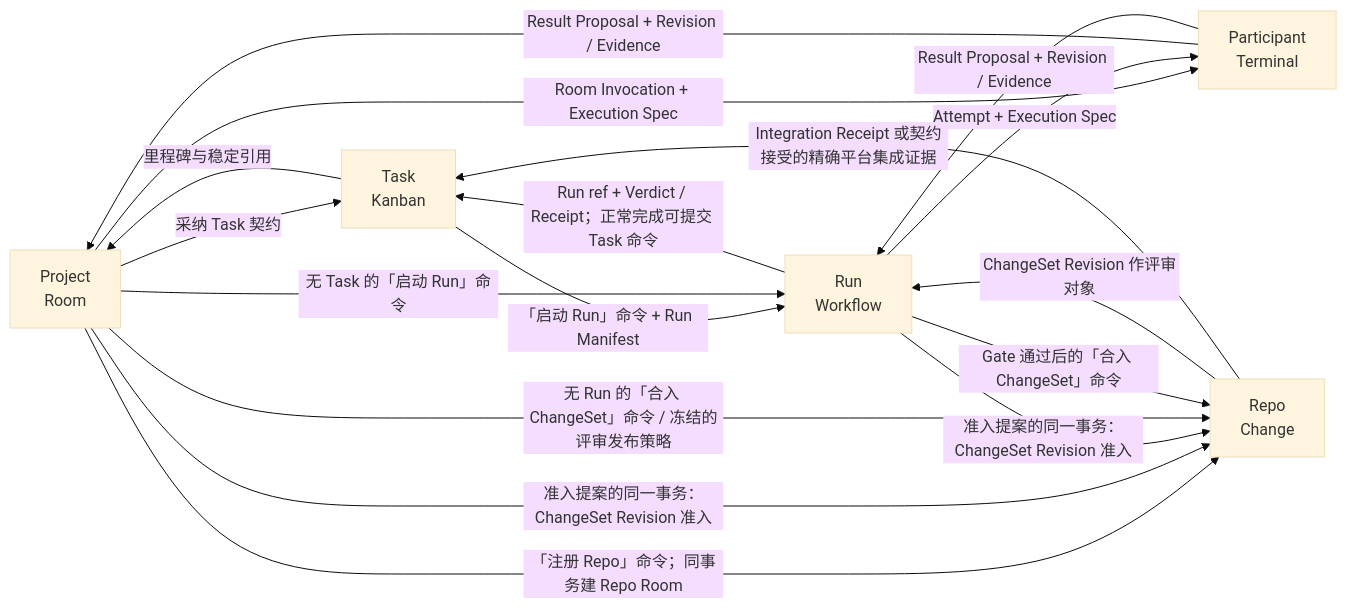
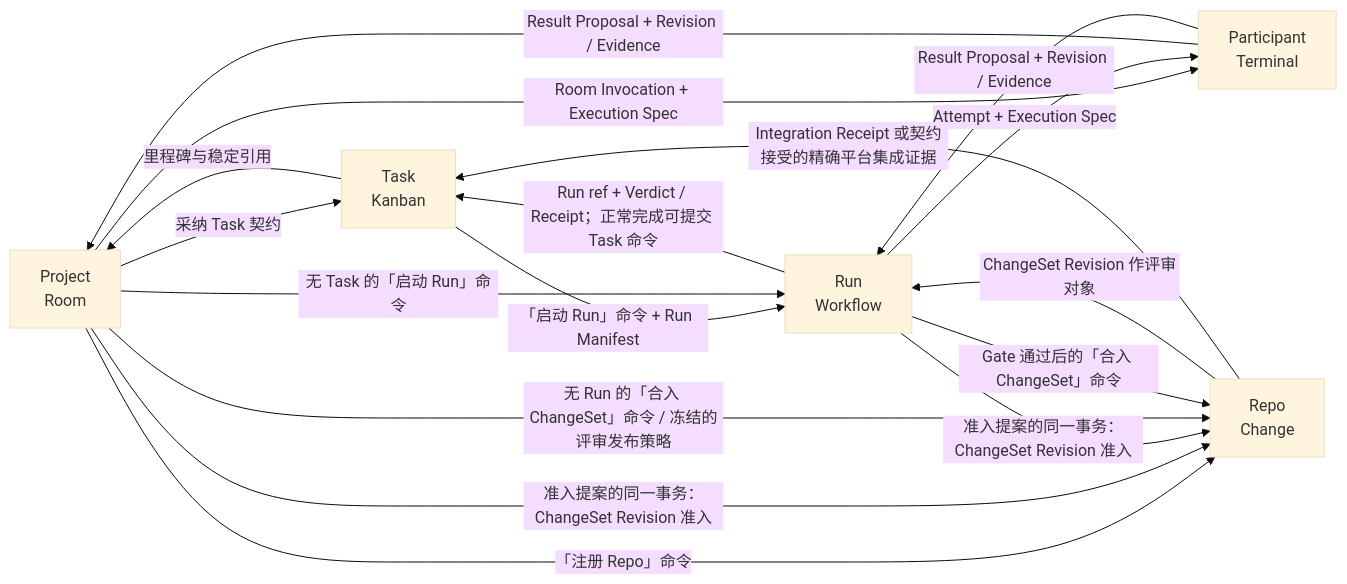
The diagram in docs/design/spec/connections.md (yesme/hctl2), drawn with Mermaid (base theme) before and after one commit. The commit also changed other lines of this file and 33 other files, not shown here.

````diff
--- a/docs/design/spec/connections.md
+++ b/docs/design/spec/connections.md
@@ -20,19 +20,19 @@
 ```mermaid
 flowchart LR
     P["Project<br/>Room"] -->|采纳 Task 契约| T["Task<br/>Kanban"]
     T -->|「启动 Run」命令 + Run Manifest| R["Run<br/>Workflow"]
     P -->|无 Task 的「启动 Run」命令| R
     P -->|Room Invocation + Execution Spec| H["Participant<br/>Terminal"]
     R -->|Attempt + Execution Spec| H
     H -->|Result Proposal + Revision / Evidence| P
     H -->|Result Proposal + Revision / Evidence| R
     R -->|Run ref + Verdict / Receipt；正常完成可提交 Task 命令| T
     T -->|里程碑与稳定引用| P
-    P -->|「注册 Repo」命令；同事务建 Repo Room| C["Repo<br/>Change"]
+    P -->|「注册 Repo」命令| C["Repo<br/>Change"]
     P -->|准入提案的同一事务：ChangeSet Revision 准入| C
     R -->|准入提案的同一事务：ChangeSet Revision 准入| C
     C -->|ChangeSet Revision 作评审对象| R
     P -->|无 Run 的「合入 ChangeSet」命令 / 冻结的评审发布策略| C
     R -->|Gate 通过后的「合入 ChangeSet」命令| C
     C -->|Integration Receipt 或契约接受的精确平台集成证据| T
 ```
````
